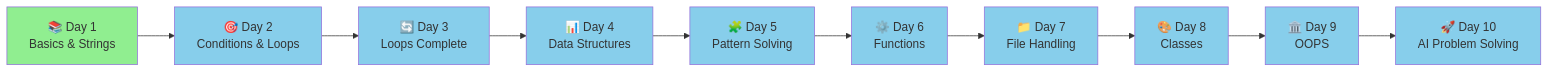
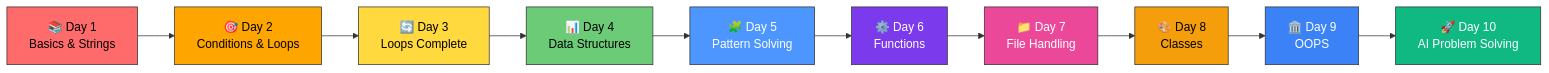
Before and after one commit to Shivambansal96/Python-SVCE-Tirupati: the diagram in Readme.md, drawn with Mermaid.

Commit message:
Day - 1 Completed

````diff
--- a/Readme.md
+++ b/Readme.md
@@ -139,23 +139,23 @@
 ```mermaid
 graph LR
     A["📚 Day 1<br/>Basics & Strings"] --> B["🎯 Day 2<br/>Conditions & Loops"]
     B --> C["🔄 Day 3<br/>Loops Complete"]
     C --> D["📊 Day 4<br/>Data Structures"]
     D --> E["🧩 Day 5<br/>Pattern Solving"]
     E --> F["⚙️ Day 6<br/>Functions"]
     F --> G["📁 Day 7<br/>File Handling"]
     G --> H["🎨 Day 8<br/>Classes"]
     H --> I["🏛️ Day 9<br/>OOPS"]
     I --> J["🚀 Day 10<br/>AI Problem Solving"]
     
-    style A fill:#90EE90
-    style B fill:#87CEEB
-    style C fill:#87CEEB
-    style D fill:#87CEEB
-    style E fill:#87CEEB
-    style F fill:#87CEEB
-    style G fill:#87CEEB
-    style H fill:#87CEEB
-    style I fill:#87CEEB
-    style J fill:#87CEEB
+    style A fill:#FF6B6B,stroke:#333,color:#000
+    style B fill:#FFA500,stroke:#333,color:#000
+    style C fill:#FFD93D,stroke:#333,color:#000
+    style D fill:#6BCB77,stroke:#333,color:#000
+    style E fill:#4D96FF,stroke:#333,color:#fff
+    style F fill:#7C3AED,stroke:#333,color:#fff
+    style G fill:#EC4899,stroke:#333,color:#fff
+    style H fill:#F59E0B,stroke:#333,color:#000
+    style I fill:#3B82F6,stroke:#333,color:#fff
+    style J fill:#10B981,stroke:#333,color:#fff
 ```
````
